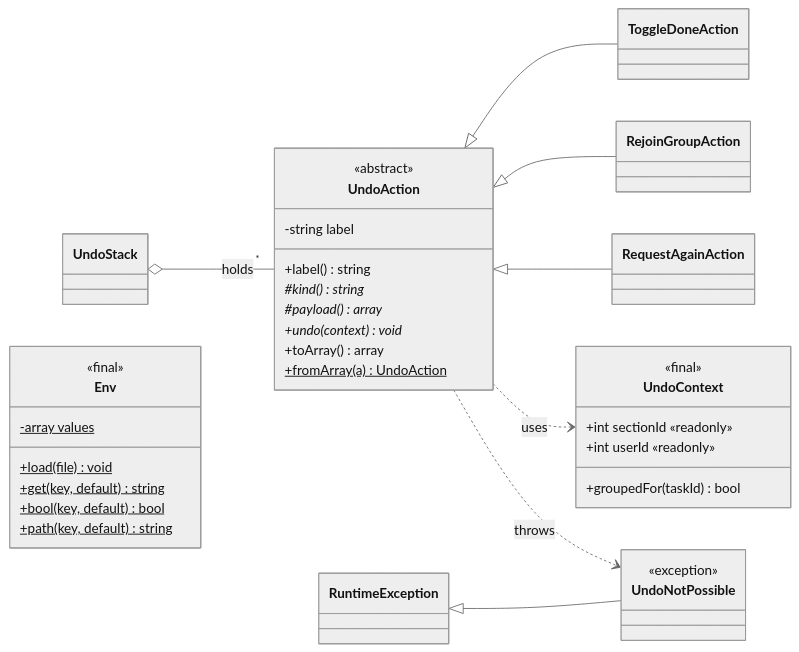
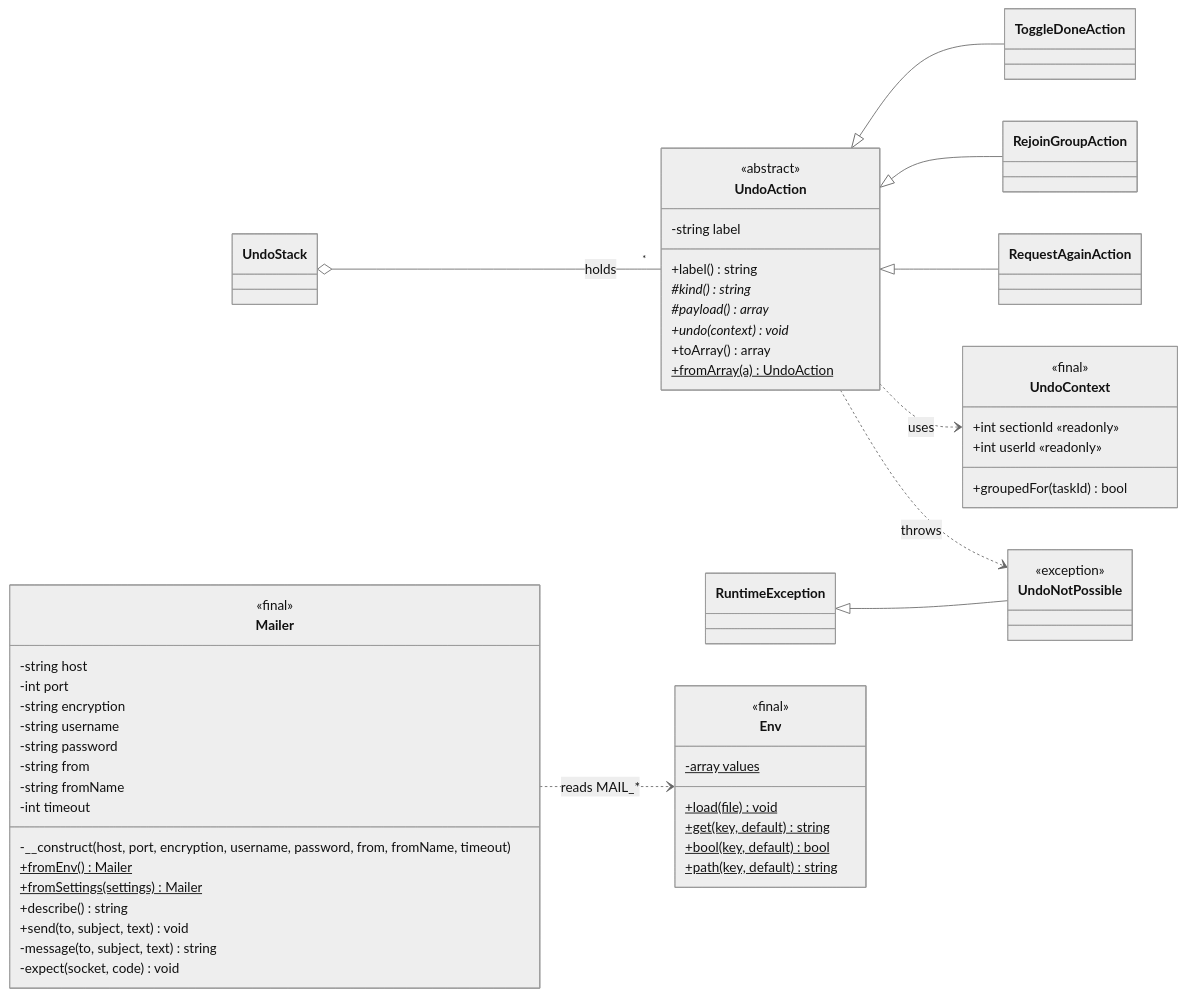
The sixth of 7 diagrams in docs/CLASS_DIAGRAM.md (rcldvmnl/AcadSync), drawn with Mermaid (neutral theme) before and after one commit. The commit also changed other lines of this file and 22 other files, not shown here.

````diff
--- a/docs/CLASS_DIAGRAM.md
+++ b/docs/CLASS_DIAGRAM.md
@@ -530,42 +538,61 @@
 ```mermaid
 classDiagram
     direction LR
     class UndoAction {
         <<abstract>>
         -string label
         +label() string
         #kind()* string
         #payload()* array
         +undo(context)* void
         +toArray() array
         +fromArray(a)$ UndoAction
     }
     class ToggleDoneAction
     class RejoinGroupAction
     class RequestAgainAction
     class UndoContext {
         <<final>>
         +int sectionId «readonly»
         +int userId «readonly»
         +groupedFor(taskId) bool
     }
     UndoAction <|-- ToggleDoneAction
     UndoAction <|-- RejoinGroupAction
     UndoAction <|-- RequestAgainAction
     UndoAction ..> UndoContext : uses
     UndoStack o-- "*" UndoAction : holds
     class UndoNotPossible {
         <<exception>>
     }
     RuntimeException <|-- UndoNotPossible
     UndoAction ..> UndoNotPossible : throws
 
     class Env {
         <<final>>
         -array values$
         +load(file)$ void
         +get(key, default)$ string
         +bool(key, default)$ bool
         +path(key, default)$ string
     }
+    class Mailer {
+        <<final>>
+        -string host
+        -int port
+        -string encryption
+        -string username
+        -string password
+        -string from
+        -string fromName
+        -int timeout
+        -__construct(host, port, encryption, username, password, from, fromName, timeout)
+        +fromEnv()$ Mailer
+        +fromSettings(settings)$ Mailer
+        +describe() string
+        +send(to, subject, text) void
+        -message(to, subject, text) string
+        -expect(socket, code) void
+    }
+    Mailer ..> Env : reads MAIL_*
 ```
````
